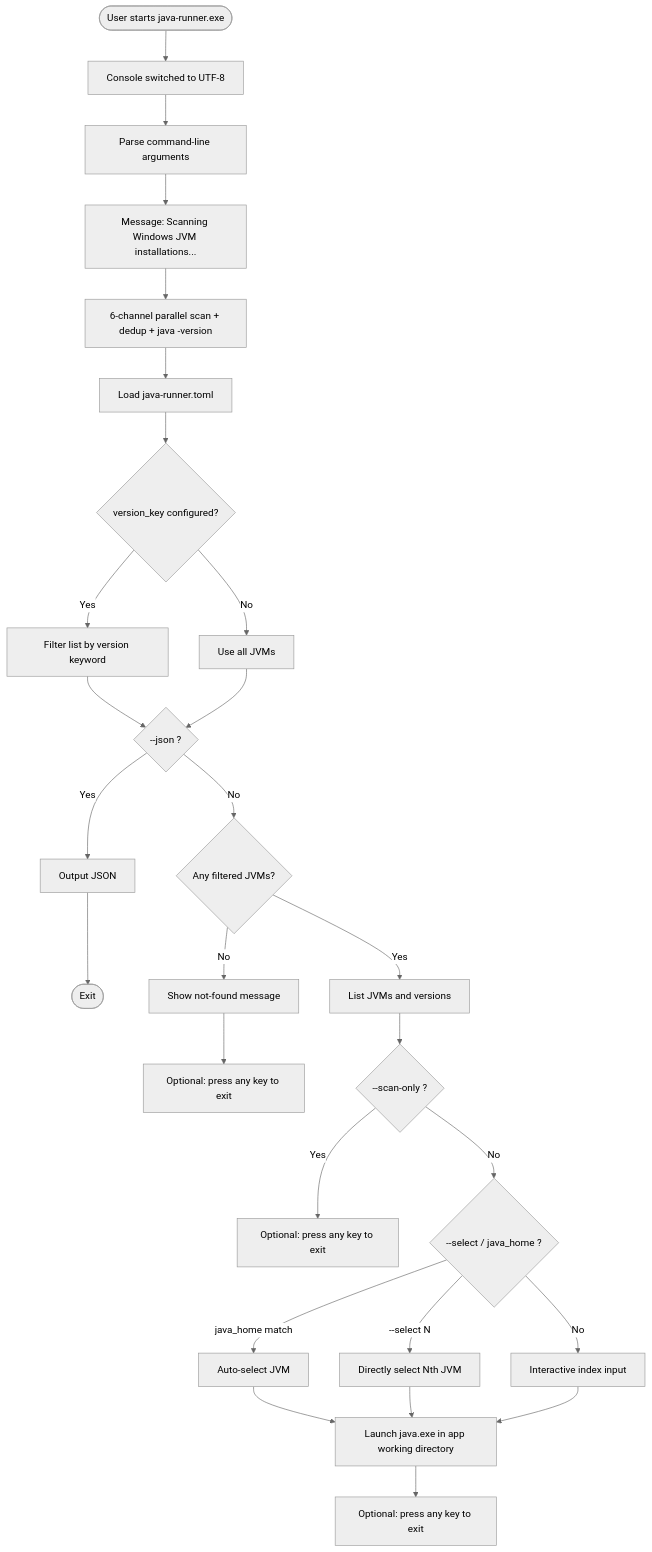
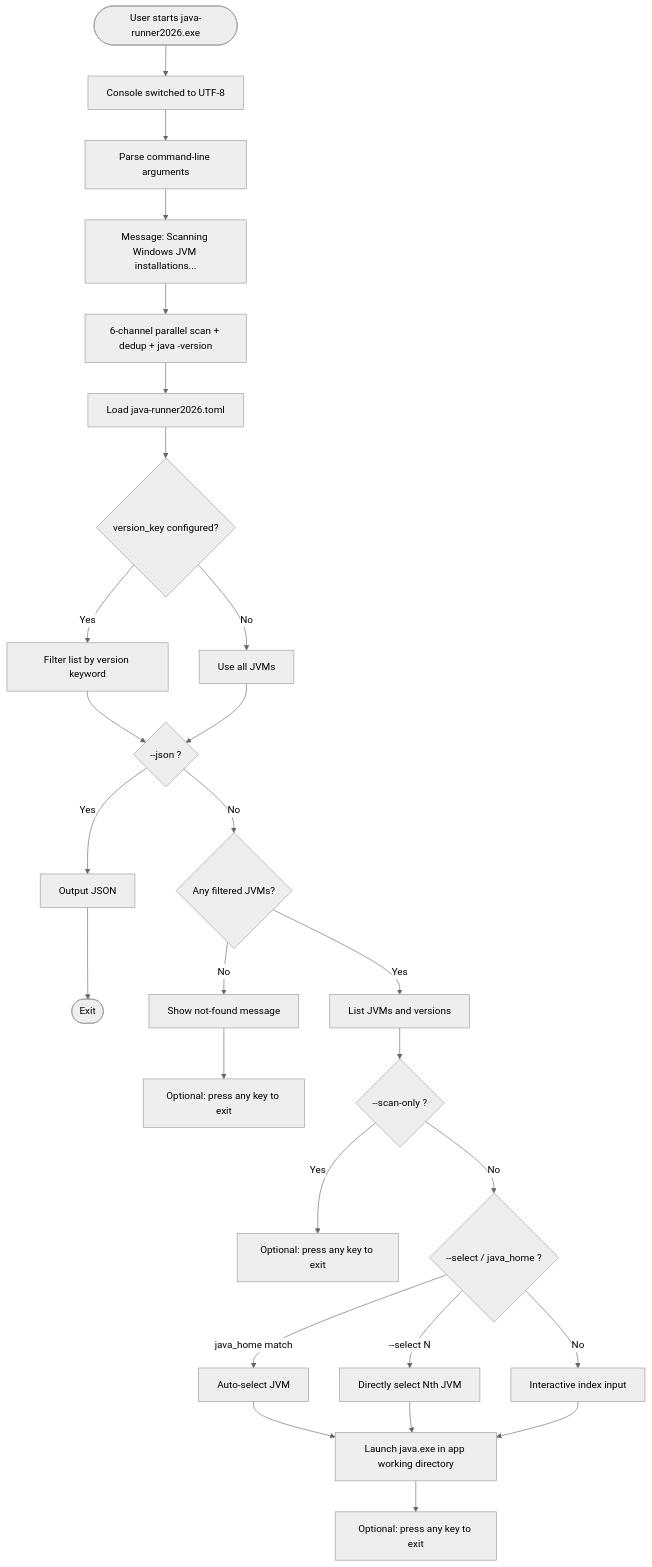
Before and after one commit to tlw-ray/java-runner2026: the first of 9 diagrams in doc/guide_en.md, drawn with Mermaid (neutral theme). The commit also changed other lines of this file and 17 other files, not shown here.

````diff
--- a/doc/guide_en.md
+++ b/doc/guide_en.md
@@ -11,34 +11,34 @@
 ```mermaid
 flowchart TD
-    Start([User starts java-runner.exe]) --> Utf8[Console switched to UTF-8]
+    Start([User starts java-runner2026.exe]) --> Utf8[Console switched to UTF-8]
     Utf8 --> ParseArgs[Parse command-line arguments]
     ParseArgs --> ScanMsg["Message: Scanning Windows JVM installations..."]
     ScanMsg --> Scan[6-channel parallel scan + dedup + java -version]
-    Scan --> LoadConfig[Load java-runner.toml]
+    Scan --> LoadConfig[Load java-runner2026.toml]
     LoadConfig --> Filter{version_key configured?}
     Filter -->|Yes| FilterJvm[Filter list by version keyword]
     Filter -->|No| AllJvm[Use all JVMs]
     FilterJvm --> JsonMode{--json ?}
     AllJvm --> JsonMode
 
     JsonMode -->|Yes| JsonOut[Output JSON]
     JsonOut --> JsonExit([Exit])
 
     JsonMode -->|No| EmptyCheck{Any filtered JVMs?}
     EmptyCheck -->|No| NoJvmMsg[Show not-found message]
     NoJvmMsg --> Pause1[Optional: press any key to exit]
 
     EmptyCheck -->|Yes| ListJvm[List JVMs and versions]
     ListJvm --> ScanOnly{--scan-only ?}
     ScanOnly -->|Yes| Pause2[Optional: press any key to exit]
 
     ScanOnly -->|No| Pick{--select / java_home ?}
     Pick -->|java_home match| AutoPick[Auto-select JVM]
     Pick -->|--select N| DirectPick[Directly select Nth JVM]
     Pick -->|No| Interactive[Interactive index input]
 
     AutoPick --> RunJava[Launch java.exe in app working directory]
     DirectPick --> RunJava
     Interactive --> RunJava
     RunJava --> Pause3[Optional: press any key to exit]
 ```
````
